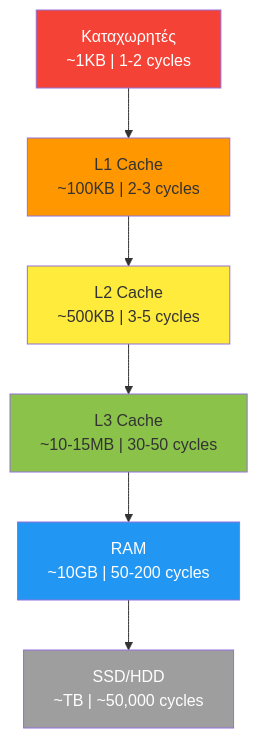
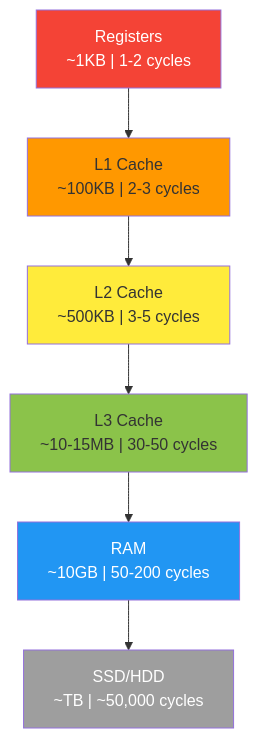
Before and after one commit to PanagopoulosNikolaos/DitOpenNotes: the sixth of 16 diagrams in Year_2/Semester_3/COMPUTER_ARCHITECTURE/Resources/Notes/Processor-Design-Smart-Notes-8.md, drawn with Mermaid. The commit also changed other lines of this file and 50 other files, not shown here.

````diff
--- a/Year_2/Semester_3/COMPUTER_ARCHITECTURE/Resources/Notes/Processor-Design-Smart-Notes-8.md
+++ b/Year_2/Semester_3/COMPUTER_ARCHITECTURE/Resources/Notes/Processor-Design-Smart-Notes-8.md
@@ -244,15 +244,15 @@
 ```mermaid
 graph TD
-    A["Καταχωρητές<br/>~1KB | 1-2 cycles"] --> B["L1 Cache<br/>~100KB | 2-3 cycles"]
+    A["Registers<br/>~1KB | 1-2 cycles"] --> B["L1 Cache<br/>~100KB | 2-3 cycles"]
     B --> C["L2 Cache<br/>~500KB | 3-5 cycles"]
     C --> D["L3 Cache<br/>~10-15MB | 30-50 cycles"]
     D --> E["RAM<br/>~10GB | 50-200 cycles"]
     E --> F["SSD/HDD<br/>~TB | ~50,000 cycles"]
     
     style A fill:#f44336,color:#fff
     style B fill:#ff9800
     style C fill:#ffeb3b
     style D fill:#8bc34a
     style E fill:#2196f3,color:#fff
     style F fill:#9e9e9e,color:#fff
 ```
````
